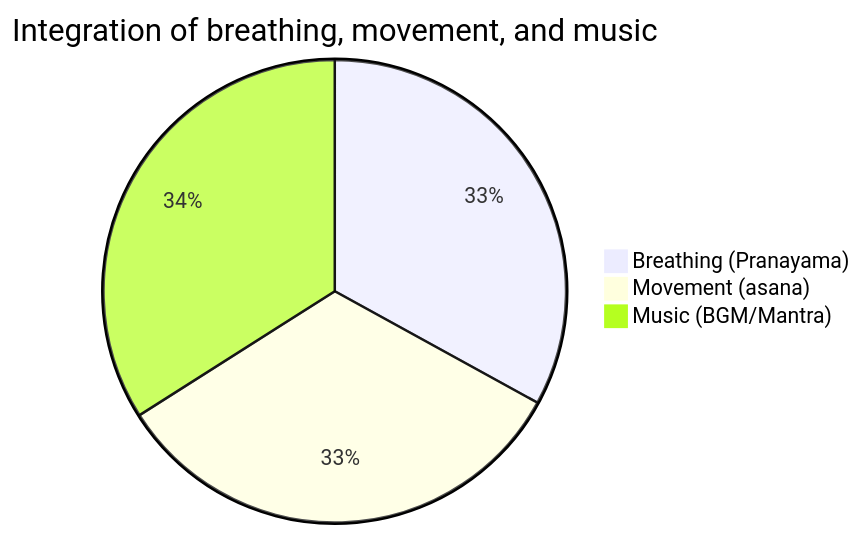
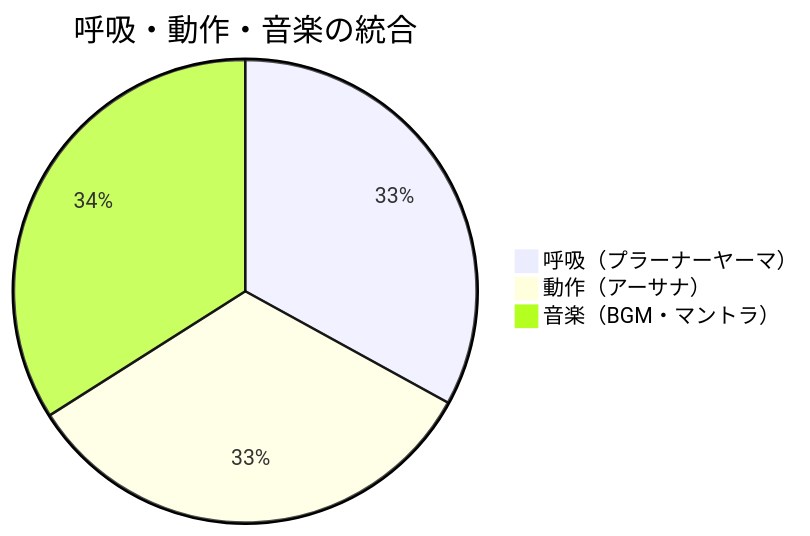
The fourth of 4 diagrams in en/_posts/2025-11-09-column-yoga-music.md (monumental-movement/monumental-movement.github.io), drawn with Mermaid before and after one commit. The commit also changed other lines of this file and 1724 other files, not shown here.

```diff
--- a/en/_posts/2025-11-09-column-yoga-music.md
+++ b/en/_posts/2025-11-09-column-yoga-music.md
@@ -219,8 +217,8 @@
 <div class="mermaid">
 
-pie title Integration of breathing, movement, and music
-"Breathing (Pranayama)" : 33
-"Movement (asana)": 33
-"Music (BGM/Mantra)" : 34
+pie title 呼吸・動作・音楽の統合
+    "呼吸（プラーナーヤーマ）" : 33
+    "動作（アーサナ）" : 33
+    "音楽（BGM・マントラ）" : 34
 
 </div>
```
